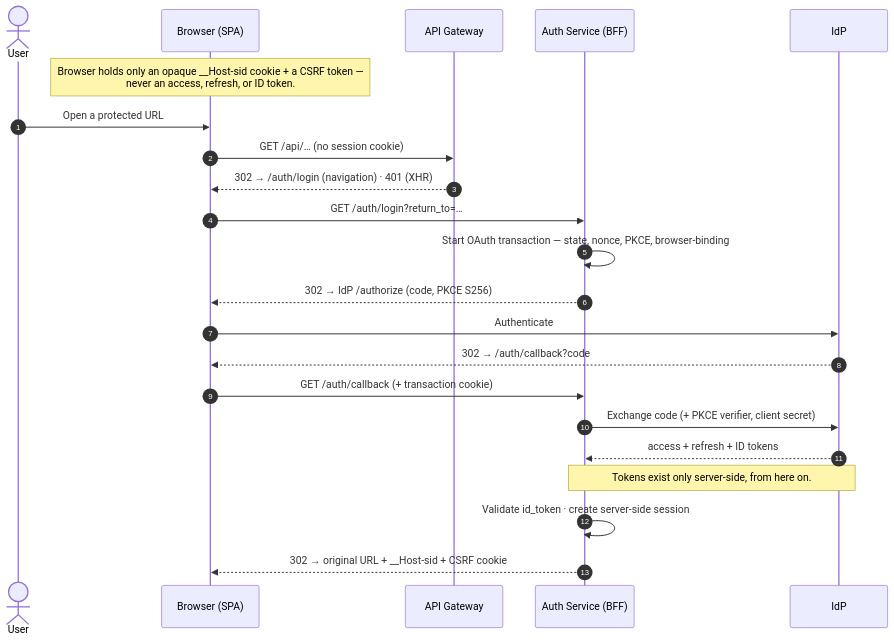
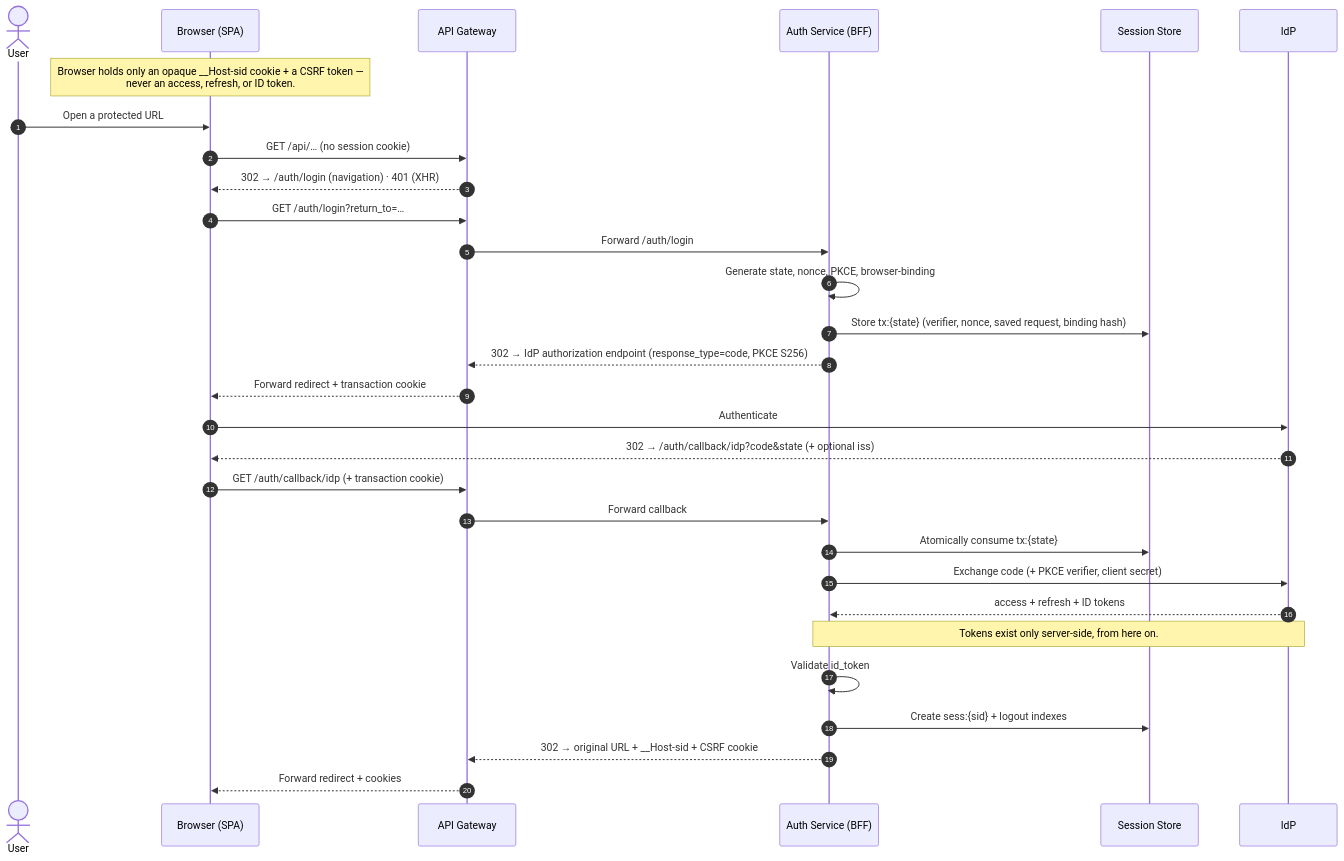
Before and after one commit to ajaygodbole7/oidc-reference: the second of 6 diagrams in README.md, drawn with Mermaid. The commit also changed other lines of this file, not shown here.

Commit message:
docs: align README diagrams with implemented flows

````diff
--- a/README.md
+++ b/README.md
@@ -80,25 +81,33 @@
 ```mermaid
 sequenceDiagram
     autonumber
     actor U as User
     participant B as Browser (SPA)
     participant G as API Gateway
     participant A as Auth Service (BFF)
+    participant V as Session Store
     participant K as IdP
 
     Note over B: Browser holds only an opaque __Host-sid cookie + a CSRF token —<br/>never an access, refresh, or ID token.
     U->>B: Open a protected URL
     B->>G: GET /api/… (no session cookie)
     G-->>B: 302 → /auth/login (navigation) · 401 (XHR)
-    B->>A: GET /auth/login?return_to=…
-    A->>A: Start OAuth transaction — state, nonce, PKCE, browser-binding
-    A-->>B: 302 → IdP /authorize (code, PKCE S256)
+    B->>G: GET /auth/login?return_to=…
+    G->>A: Forward /auth/login
+    A->>A: Generate state, nonce, PKCE, browser-binding
+    A->>V: Store tx:{state} (verifier, nonce, saved request, binding hash)
+    A-->>G: 302 → IdP authorization endpoint (response_type=code, PKCE S256)
+    G-->>B: Forward redirect + transaction cookie
     B->>K: Authenticate
-    K-->>B: 302 → /auth/callback?code
-    B->>A: GET /auth/callback (+ transaction cookie)
+    K-->>B: 302 → /auth/callback/idp?code&state (+ optional iss)
+    B->>G: GET /auth/callback/idp (+ transaction cookie)
+    G->>A: Forward callback
+    A->>V: Atomically consume tx:{state}
     A->>K: Exchange code (+ PKCE verifier, client secret)
     K-->>A: access + refresh + ID tokens
     Note over A,K: Tokens exist only server-side, from here on.
-    A->>A: Validate id_token · create server-side session
-    A-->>B: 302 → original URL + __Host-sid + CSRF cookie
+    A->>A: Validate id_token
+    A->>V: Create sess:{sid} + logout indexes
+    A-->>G: 302 → original URL + __Host-sid + CSRF cookie
+    G-->>B: Forward redirect + cookies
 ```
````
